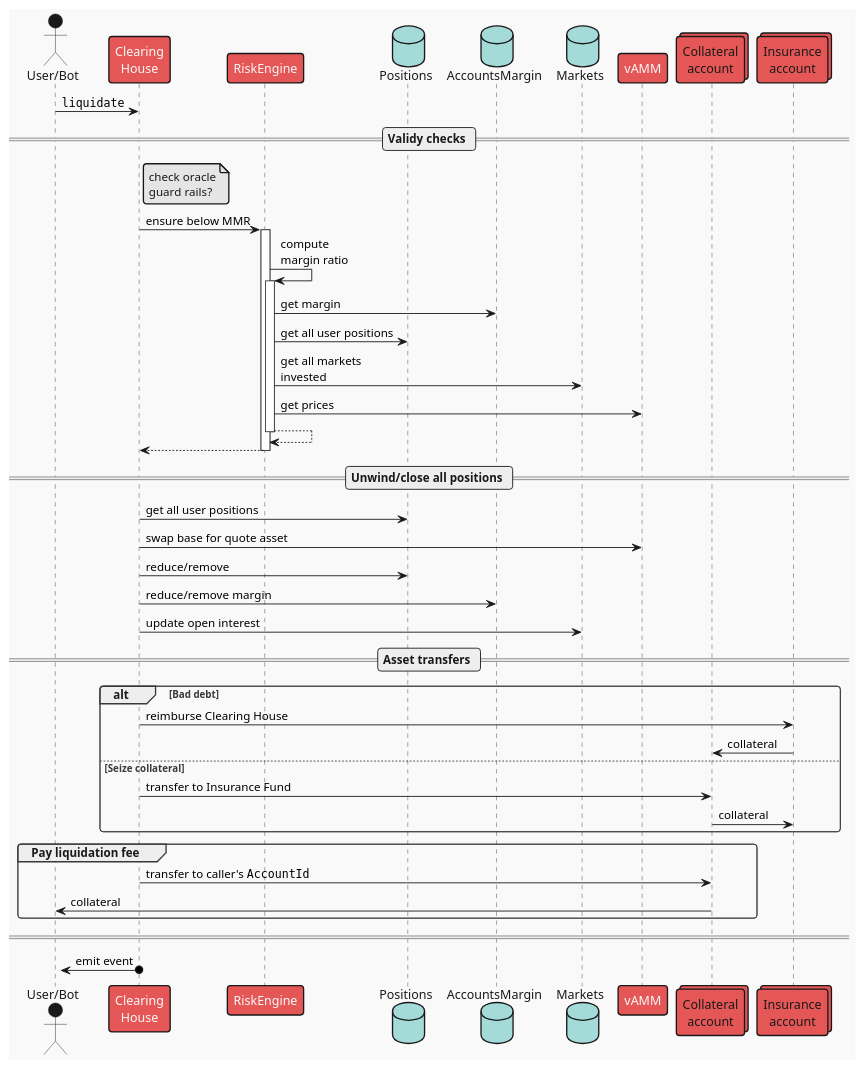
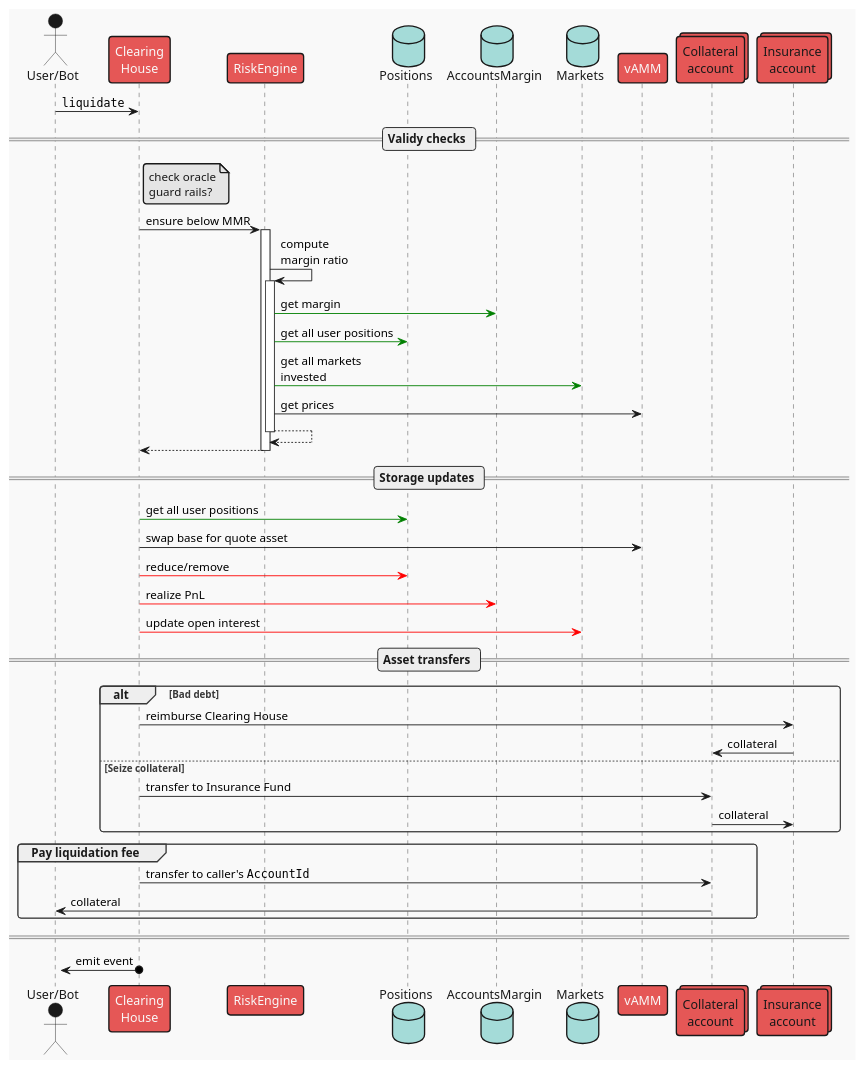
One commit to ComposableFi/composable changed the diagram in frame/clearing-house/diagrams/liquidate.plantuml. Above: the diagram before and after it, drawn with PlantUML. The commit also changed 6 other files, not shown here.

Commit message:
docs(CH): color-code storage updates in seq diagrams

```diff
--- a/frame/clearing-house/diagrams/liquidate.plantuml
+++ b/frame/clearing-house/diagrams/liquidate.plantuml
@@ -1,59 +1,59 @@
 @startuml liquidate
 !theme mars
 
 actor "User/Bot" as user
 participant "Clearing\nHouse" as ch
 participant "RiskEngine" as risk
 database "Positions" as positions
 database "AccountsMargin" as accs
 database "Markets" as mkts
 participant "vAMM" as vamm
 collections "Collateral\naccount" as vault
 collections "Insurance\naccount" as insurance
 
 user -> ch: ""liquidate""
 
 == Validy checks ==
 
 note right ch
 check oracle
 guard rails?
 end note
 
 ch -> risk ++: ensure below MMR
     risk -> risk ++: compute\nmargin ratio
-        risk -> accs : get margin
-        risk -> positions : get all user positions
-        risk -> mkts : get all markets\ninvested
+        risk -[#green]> accs : get margin
+        risk -[#green]> positions : get all user positions
+        risk -[#green]> mkts : get all markets\ninvested
         risk -> vamm : get prices
     return
 return
 
-== Unwind/close all positions ==
+== Storage updates ==
 
-    ch -> positions : get all user positions
+    ch -[#green]> positions : get all user positions
     ch -> vamm : swap base for quote asset
-    ch -> positions : reduce/remove
-    ch -> accs : reduce/remove margin
-    ch -> mkts : update open interest
+    ch -[#red]> positions : reduce/remove
+    ch -[#red]> accs : realize PnL
+    ch -[#red]> mkts : update open interest
 
 == Asset transfers ==
 
 alt Bad debt
     ch -> insurance : reimburse Clearing House
     insurance -> vault : collateral
 else Seize collateral
     ch -> vault : transfer to Insurance Fund
     vault -> insurance : collateral
 end
 
 group Pay liquidation fee
     ch -> vault : transfer to caller's ""AccountId""
     vault -> user : collateral
 end
 
 
 ====
 
 ?<-o ch : emit event
 @enduml
```
